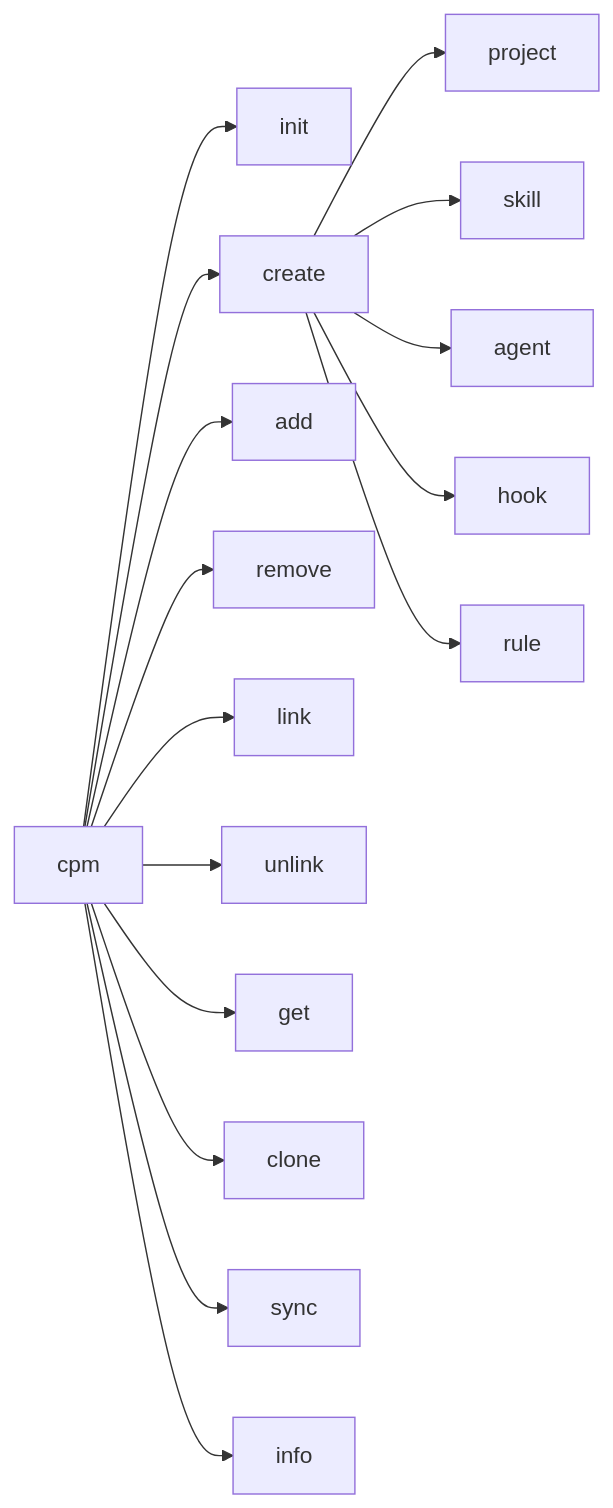
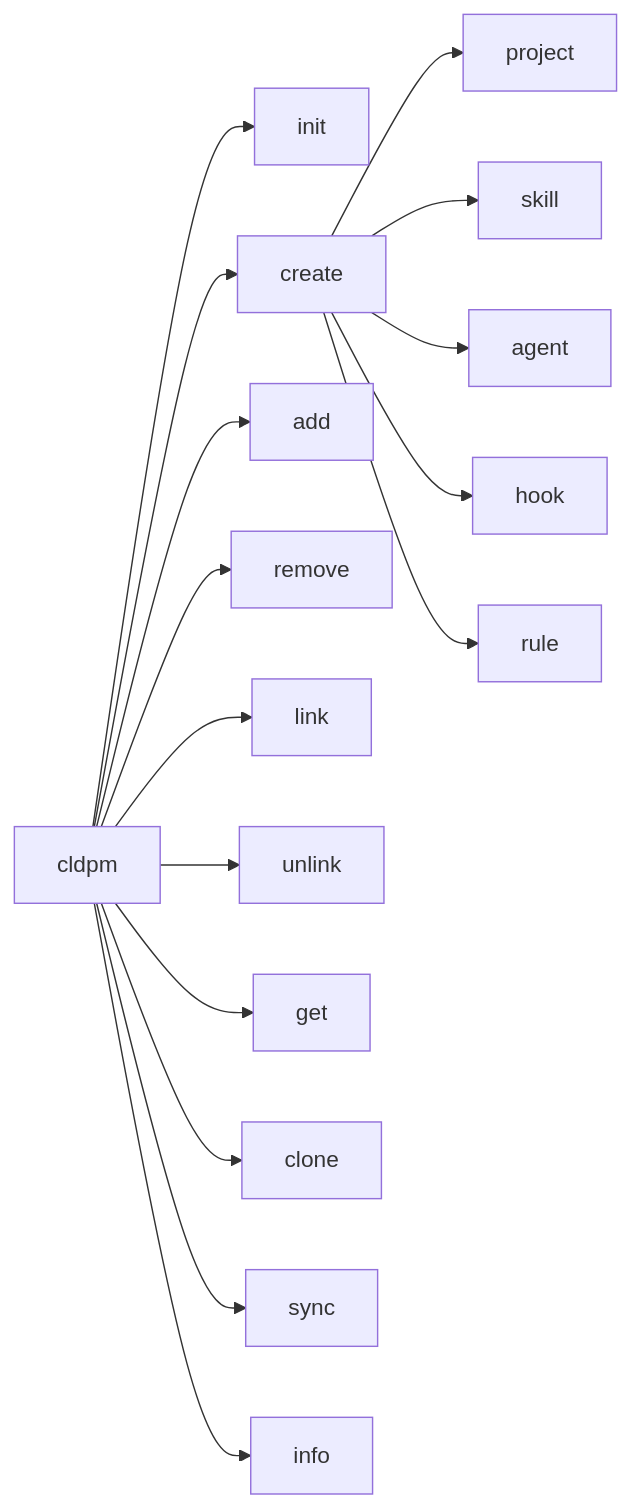
The diagram in typescript/CLI.md (transilienceai/cldpm), drawn with Mermaid before and after one commit. The commit also changed other lines of this file and 148 other files, not shown here.

Commit message:
chore: update the package name from cpm to cldpm

````diff
--- a/typescript/CLI.md
+++ b/typescript/CLI.md
@@ -13,19 +13,19 @@
 ```mermaid
 graph LR
-    CPM[cpm] --> INIT[init]
-    CPM --> CREATE[create]
-    CPM --> ADD[add]
-    CPM --> REMOVE[remove]
-    CPM --> LINK[link]
-    CPM --> UNLINK[unlink]
-    CPM --> GET[get]
-    CPM --> CLONE[clone]
-    CPM --> SYNC[sync]
-    CPM --> INFO[info]
+    CLDPM[cldpm] --> INIT[init]
+    CLDPM --> CREATE[create]
+    CLDPM --> ADD[add]
+    CLDPM --> REMOVE[remove]
+    CLDPM --> LINK[link]
+    CLDPM --> UNLINK[unlink]
+    CLDPM --> GET[get]
+    CLDPM --> CLONE[clone]
+    CLDPM --> SYNC[sync]
+    CLDPM --> INFO[info]
 
     CREATE --> PROJECT[project]
     CREATE --> SKILL[skill]
     CREATE --> AGENT[agent]
     CREATE --> HOOK[hook]
     CREATE --> RULE[rule]
 ```
````
